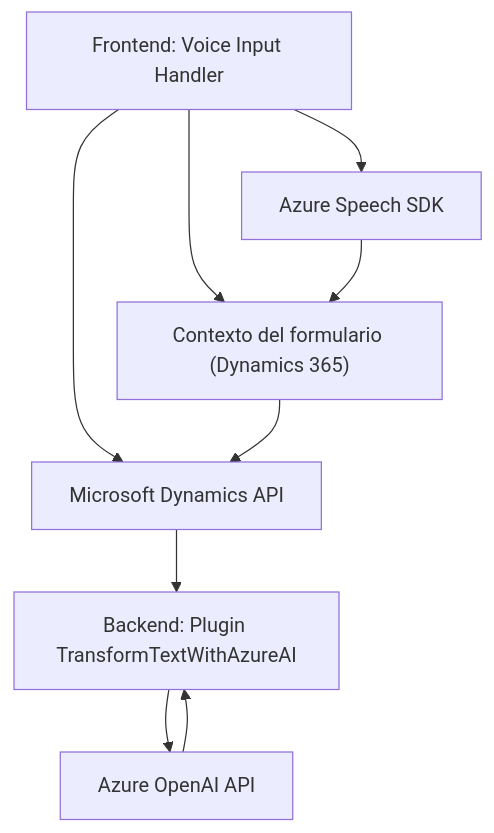
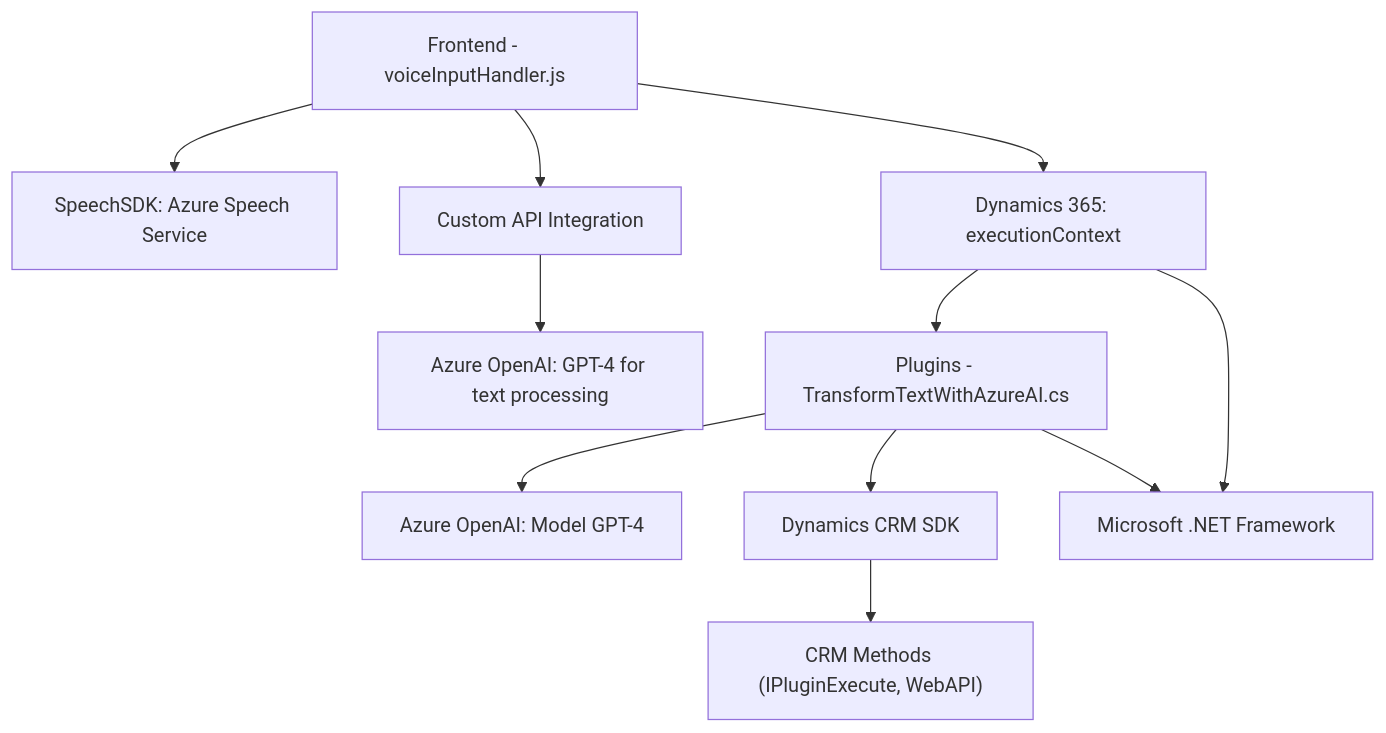
The diagram in README.md (blopezdm/NETCORE_BILBAO2025), drawn with Mermaid before and after one commit. The commit also changed other lines of this file, not shown here.

````diff
--- a/README.md
+++ b/README.md
@@ -31,12 +37,13 @@
 ```mermaid
 graph TD
-    A["Frontend: Voice Input Handler"] --> B["Azure Speech SDK"]
-    A --> C["Contexto del formulario (Dynamics 365)"]
-    A --> D["Microsoft Dynamics API"]
-    B --> C
-    C --> D
-
-    D --> E["Backend: Plugin TransformTextWithAzureAI"]
-    E --> F["Azure OpenAI API"]
-    F --> E
+    A["Frontend - voiceInputHandler.js"] --> B["SpeechSDK: Azure Speech Service"]
+    A --> C["Dynamics 365: executionContext"]
+    A --> D["Custom API Integration"]
+    D --> E["Azure OpenAI: GPT-4 for text processing"]
+    C --> F["Plugins - TransformTextWithAzureAI.cs"]
+    F --> G["Azure OpenAI: Model GPT-4"]
+    F --> H["Dynamics CRM SDK"]
+    F --> I["Microsoft .NET Framework"]
+    H --> J["CRM Methods (IPluginExecute, WebAPI)"]
+    C --> I
 ```
````
